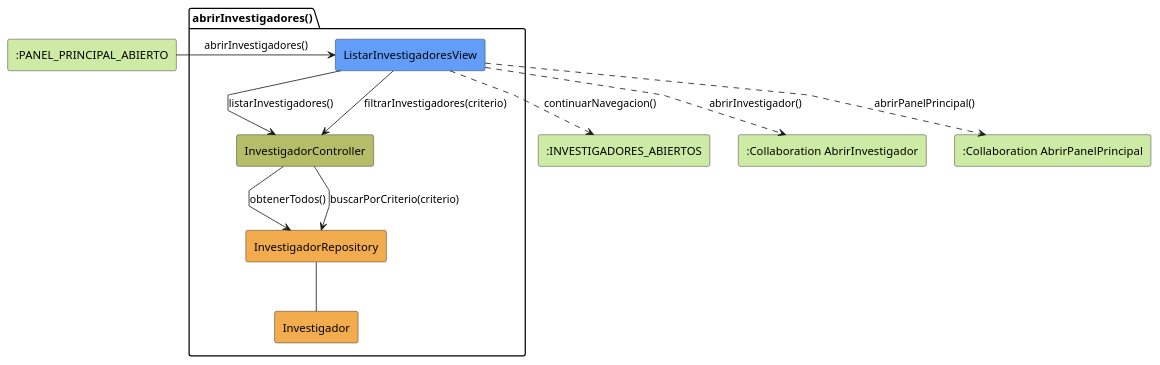
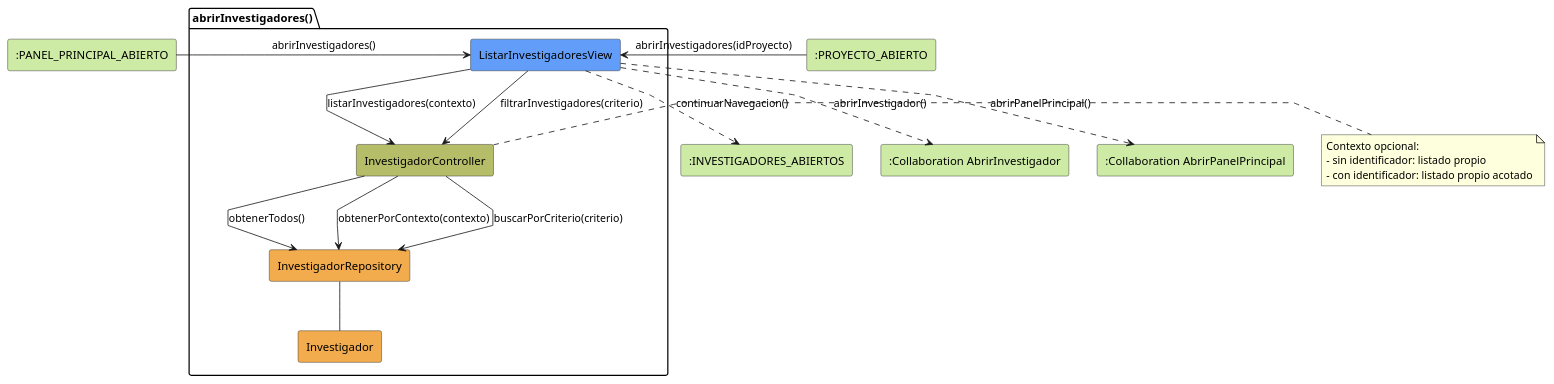
The diagram in RUP/01-analisis/casos-uso/investigador/abrirInvestigadores/colaboracion.puml (beatriizorozco/25-26-idsw2-sdVC), drawn with PlantUML before and after one commit. The commit also changed 53 other files, not shown here.

Commit message:
feat: actualizo algunos diagramas de colaboración con la recomendación del profesor

```diff
--- a/RUP/01-analisis/casos-uso/investigador/abrirInvestigadores/colaboracion.puml
+++ b/RUP/01-analisis/casos-uso/investigador/abrirInvestigadores/colaboracion.puml
@@ -1,27 +1,35 @@
 @startuml abrirInvestigadores-analisis
 skinparam linetype polyline
 
-rectangle #CDEBA5 ":PANEL_PRINCIPAL_ABIERTO" as EstadoEntrada
+rectangle #CDEBA5 ":PANEL_PRINCIPAL_ABIERTO" as EstadoEntrada1
+rectangle #CDEBA5 ":PROYECTO_ABIERTO" as EstadoEntrada2
 package abrirInvestigadores as "abrirInvestigadores()" {
     rectangle #629EF9 ListarInvestigadoresView
     rectangle #b5bd68 InvestigadorController
     rectangle #F2AC4E InvestigadorRepository
     rectangle #F2AC4E Investigador
 }
 
 rectangle #CDEBA5 ":INVESTIGADORES_ABIERTOS" as EstadoSalida
 rectangle #CDEBA5 ":Collaboration AbrirInvestigador" as AbrirInvestigador
 rectangle #CDEBA5 ":Collaboration AbrirPanelPrincipal" as AbrirPanelPrincipal
 
-EstadoEntrada -r-> ListarInvestigadoresView: abrirInvestigadores()
+EstadoEntrada1 -r-> ListarInvestigadoresView: abrirInvestigadores()
+EstadoEntrada2 -r-> ListarInvestigadoresView: abrirInvestigadores(idProyecto)
 
-ListarInvestigadoresView -d-> InvestigadorController: listarInvestigadores()
+ListarInvestigadoresView -d-> InvestigadorController: listarInvestigadores(contexto)
 ListarInvestigadoresView --> InvestigadorController: filtrarInvestigadores(criterio)
 InvestigadorController --> InvestigadorRepository: obtenerTodos()
+InvestigadorController --> InvestigadorRepository: obtenerPorContexto(contexto)
 InvestigadorController --> InvestigadorRepository: buscarPorCriterio(criterio)
 InvestigadorRepository -- Investigador
+note right of InvestigadorController
+Contexto opcional:
+- sin identificador: listado propio
+- con identificador: listado propio acotado
+end note
 ListarInvestigadoresView ..> EstadoSalida: continuarNavegacion()
 ListarInvestigadoresView ..> AbrirInvestigador: abrirInvestigador()
 ListarInvestigadoresView ..> AbrirPanelPrincipal: abrirPanelPrincipal()
 
 @enduml
```
